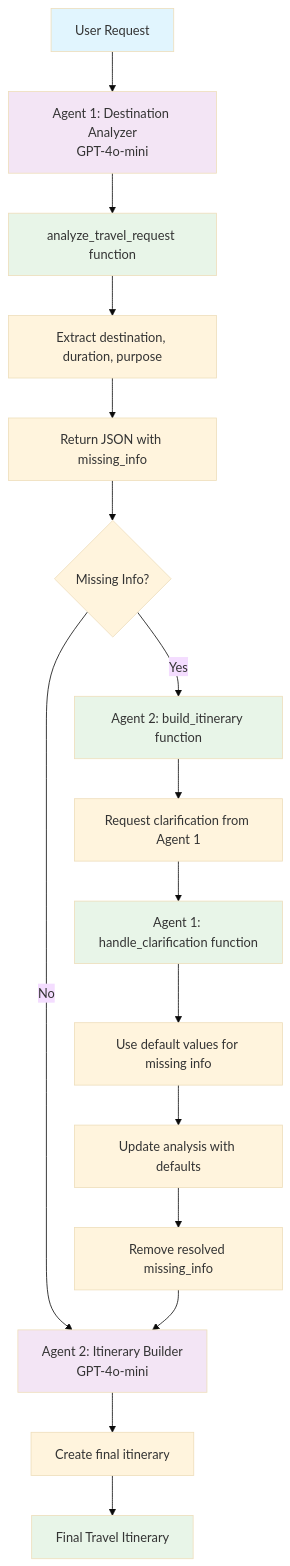
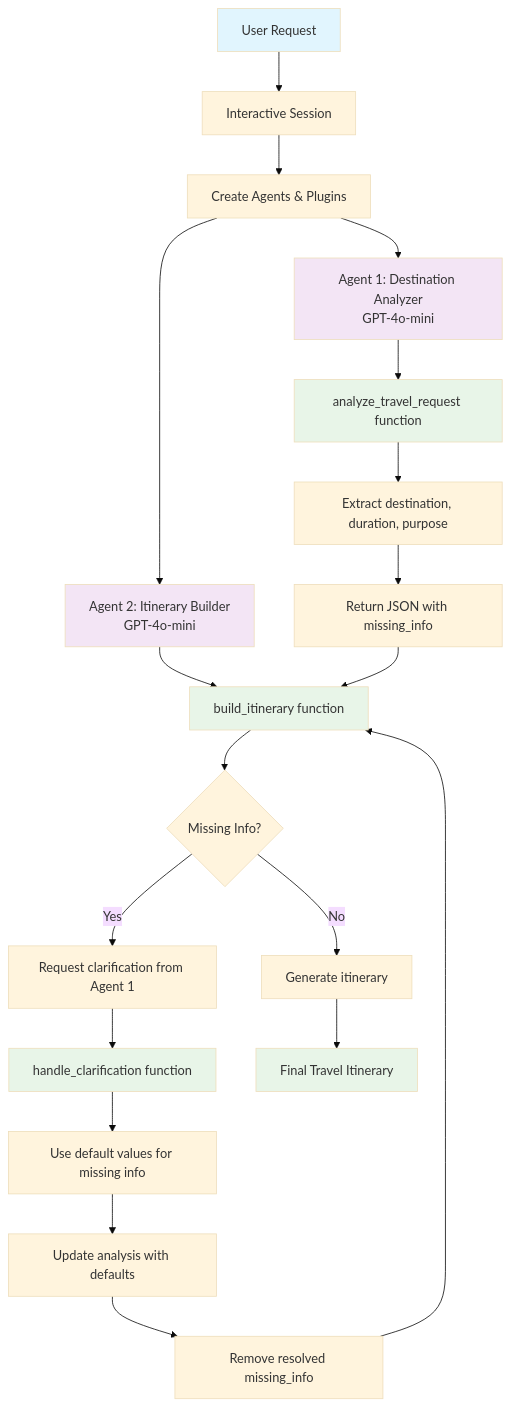
One commit to iamask/multi-agent-travel-planner changed the diagram in README.md. Above: the diagram before and after it, drawn with Mermaid (base theme). The commit also changed other lines of this file, not shown here.

Commit message:
MM combined

````diff
--- a/README.md
+++ b/README.md
@@ -80,26 +45,38 @@
 ```mermaid
 flowchart TD
-    A[User Request] --> B[Agent 1: Destination Analyzer<br/>GPT-4o-mini]
-    B --> C[analyze_travel_request function]
-    C --> D[Extract destination, duration, purpose]
-    D --> E[Return JSON with missing_info]
-    E --> F{Missing Info?}
-    F -->|No| G[Agent 2: Itinerary Builder<br/>GPT-4o-mini]
-    F -->|Yes| H[Agent 2: build_itinerary function]
-    H --> I[Request clarification from Agent 1]
-    I --> J[Agent 1: handle_clarification function]
-    J --> K[Use default values for missing info]
-    K --> L[Update analysis with defaults]
-    L --> M[Remove resolved missing_info]
-    M --> G
-    G --> N[Create final itinerary]
-    N --> O[Final Travel Itinerary]
+    A[User Request] --> B[Interactive Session]
+    B --> C[Create Agents & Plugins]
+    C --> D[Agent 1: Destination Analyzer<br/>GPT-4o-mini]
+    C --> E[Agent 2: Itinerary Builder<br/>GPT-4o-mini]
 
+    %% Agent 1 Flow
+    D --> F[analyze_travel_request function]
+    F --> G[Extract destination, duration, purpose]
+    G --> H[Return JSON with missing_info]
+
+    %% Agent 2 Flow
+    E --> I[build_itinerary function]
+    I --> J{Missing Info?}
+    J -->|No| K[Generate itinerary]
+    J -->|Yes| L[Request clarification from Agent 1]
+
+    %% Feedback Loop
+    L --> M[handle_clarification function]
+    M --> N[Use default values for missing info]
+    N --> O[Update analysis with defaults]
+    O --> P[Remove resolved missing_info]
+    P --> I
+
+    %% Complete Flow
+    H --> I
+    K --> Q[Final Travel Itinerary]
+
+    %% Styling
     style A fill:#e1f5fe
-    style B fill:#f3e5f5
-    style G fill:#f3e5f5
-    style C fill:#e8f5e8
-    style H fill:#e8f5e8
-    style J fill:#e8f5e8
-    style O fill:#e8f5e8
+    style D fill:#f3e5f5
+    style E fill:#f3e5f5
+    style F fill:#e8f5e8
+    style I fill:#e8f5e8
+    style M fill:#e8f5e8
+    style Q fill:#e8f5e8
 ```
````
